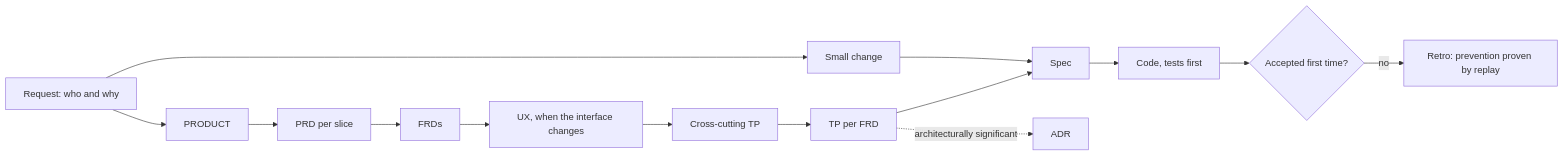
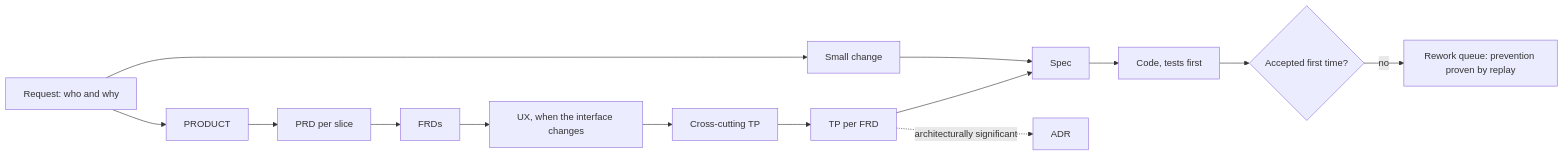
One commit to antonygiomarxdev/scriptorium changed the diagram in README.md. Above: the diagram before and after it, drawn with Mermaid. The commit also changed other lines of this file and 27 other files, not shown here.

First line of the commit message:
refactor!: the retro gives way to the rework queue

````diff
--- a/README.md
+++ b/README.md
@@ -19,8 +19,8 @@
 ```mermaid
 flowchart LR
   R[Request: who and why] --> P[PRODUCT] --> PRD[PRD per slice] --> FRD[FRDs] --> UX[UX, when the interface changes] --> CTP[Cross-cutting TP] --> TP[TP per FRD] --> S[Spec] --> C[Code, tests first]
   R --> SP[Small change] --> S
   TP -. architecturally significant .-> ADR[ADR]
   C --> RV{Accepted first time?}
-  RV -- no --> RT[Retro: prevention proven by replay]
+  RV -- no --> RT[Rework queue: prevention proven by replay]
 ```
````
